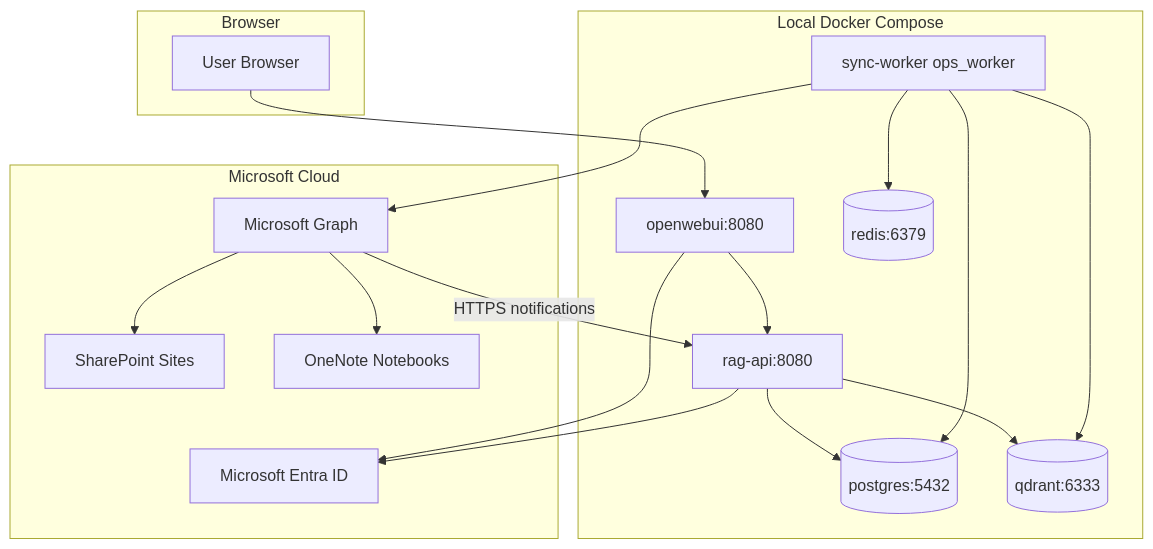
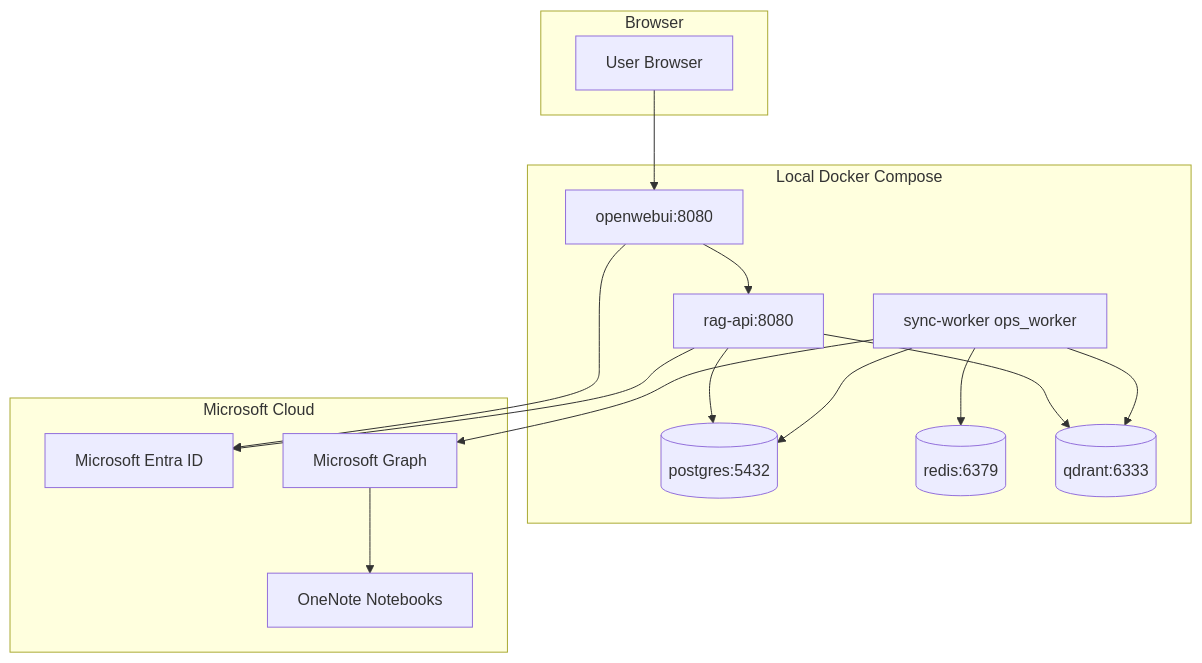
The diagram in docs/diagrams/deployment.md (mstoyanov7/company-knowledge-cloud-rag), drawn with Mermaid before and after one commit. The commit also changed 76 other files, not shown here.

````diff
--- a/docs/diagrams/deployment.md
+++ b/docs/diagrams/deployment.md
@@ -3,36 +3,33 @@
 ```mermaid
 flowchart TB
     subgraph Browser
         User[User Browser]
     end
 
     subgraph DockerCompose[Local Docker Compose]
         OpenWebUI[openwebui:8080]
         RagApi[rag-api:8080]
         SyncWorker[sync-worker ops_worker]
         Postgres[(postgres:5432)]
         Redis[(redis:6379)]
         Qdrant[(qdrant:6333)]
     end
 
     subgraph MicrosoftCloud[Microsoft Cloud]
         Entra[Microsoft Entra ID]
         Graph[Microsoft Graph]
-        SharePoint[SharePoint Sites]
         OneNote[OneNote Notebooks]
     end
 
     User --> OpenWebUI
     OpenWebUI --> RagApi
     OpenWebUI --> Entra
     RagApi --> Entra
     RagApi --> Postgres
     RagApi --> Qdrant
     SyncWorker --> Postgres
     SyncWorker --> Redis
     SyncWorker --> Qdrant
     SyncWorker --> Graph
-    Graph --> SharePoint
     Graph --> OneNote
-    Graph -->|HTTPS notifications| RagApi
 ```
````
